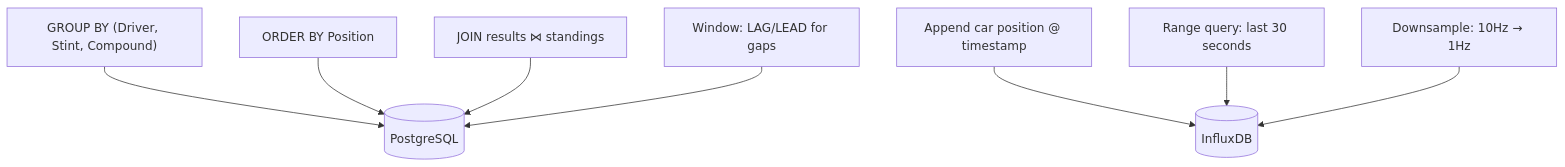
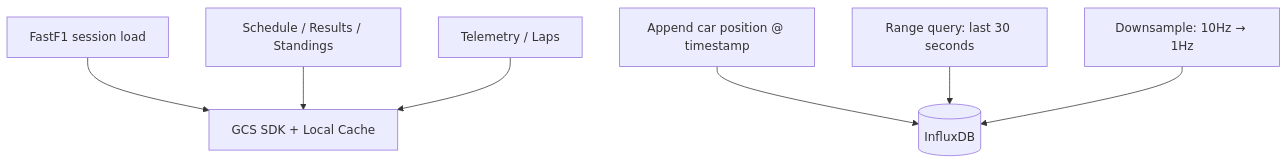
The fifth of 11 diagrams in revised_plan.md (nmk-k66-uet/F1-Chubby-Data), drawn with Mermaid before and after one commit. The commit also changed other lines of this file and 19 other files, not shown here.

Commit message:
change: rework the loader flow to use another blob

````diff
--- a/revised_plan.md
+++ b/revised_plan.md
@@ -221,11 +222,10 @@
 ```mermaid
 flowchart TD
-    Q1["GROUP BY (Driver, Stint, Compound)"] --> PG[(PostgreSQL)]
-    Q2["ORDER BY Position"] --> PG
-    Q3["JOIN results ⋈ standings"] --> PG
-    Q4["Window: LAG/LEAD for gaps"] --> PG
+    Q1["FastF1 session load"] --> GCS_SDK[GCS SDK + Local Cache]
+    Q2["Schedule / Results / Standings"] --> GCS_SDK
+    Q3["Telemetry / Laps"] --> GCS_SDK
 
     Q5["Append car position @ timestamp"] --> INFLUX[(InfluxDB)]
     Q6["Range query: last 30 seconds"] --> INFLUX
     Q7["Downsample: 10Hz → 1Hz"] --> INFLUX
 ```
````
